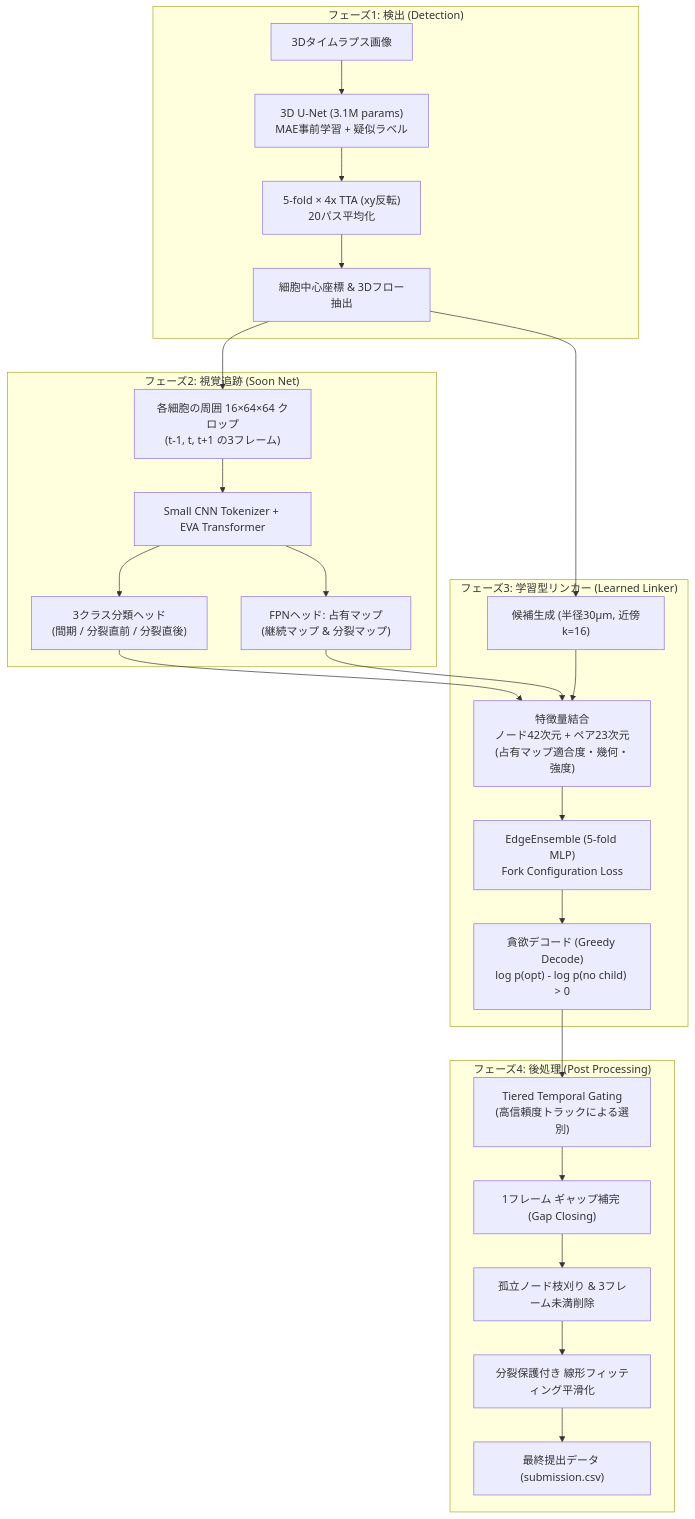
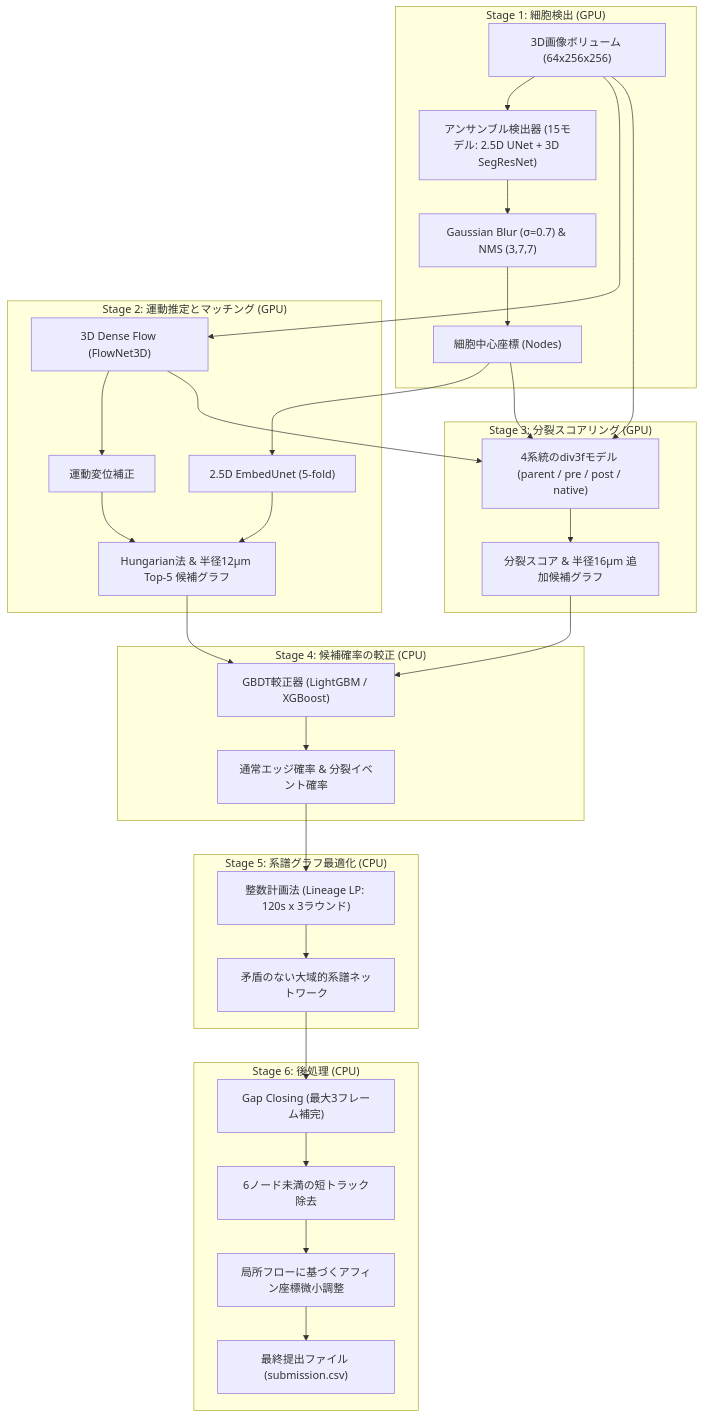
Before and after one commit to kito2718/kaggle_Biohub-Cell_Tracking_During_Development: the diagram in episode/Summary&Conclusion/3rd-place-summary.md, drawn with Mermaid. The commit also changed other lines of this file, not shown here.

````diff
--- a/episode/Summary&Conclusion/3rd-place-summary.md
+++ b/episode/Summary&Conclusion/3rd-place-summary.md
@@ -214,32 +89,38 @@
 ```mermaid
 flowchart TD
-    subgraph Phase1["フェーズ1: 検出 (Detection)"]
-        A[3Dタイムラプス画像] --> B["3D U-Net (3.1M params)<br/>MAE事前学習 + 疑似ラベル"]
-        B --> C["5-fold × 4x TTA (xy反転)<br/>20パス平均化"]
-        C --> D["細胞中心座標 & 3Dフロー抽出"]
+    subgraph Stage1["Stage 1: 細胞検出 (GPU)"]
+        Raw["3D画像ボリューム (64x256x256)"] --> Det["アンサンブル検出器 (15モデル: 2.5D UNet + 3D SegResNet)"]
+        Det --> Blur["Gaussian Blur (σ=0.7) & NMS (3,7,7)"]
+        Blur --> Peaks["細胞中心座標 (Nodes)"]
     end
 
-    subgraph Phase2["フェーズ2: 視覚追跡 (Soon Net)"]
-        D --> E["各細胞の周囲 16×64×64 クロップ<br/>(t-1, t, t+1 の3フレーム)"]
-        E --> F["Small CNN Tokenizer + EVA Transformer"]
-        F --> G1["3クラス分類ヘッド<br/>(間期 / 分裂直前 / 分裂直後)"]
-        F --> G2["FPNヘッド: 占有マップ<br/>(継続マップ & 分裂マップ)"]
+    subgraph Stage2["Stage 2: 運動推定とマッチング (GPU)"]
+        Raw --> Flow["3D Dense Flow (FlowNet3D)"]
+        Peaks --> Matcher["2.5D EmbedUnet (5-fold)"]
+        Flow --> Warp["運動変位補正"]
+        Matcher --> LinkCand["Hungarian法 & 半径12µm Top-5 候補グラフ"]
+        Warp --> LinkCand
     end
 
-    subgraph Phase3["フェーズ3: 学習型リンカー (Learned Linker)"]
-        D --> H["候補生成 (半径30μm, 近傍k=16)"]
-        G1 --> I["特徴量結合<br/>ノード42次元 + ペア23次元<br/>(占有マップ適合度・幾何・強度)"]
-        G2 --> I
-        H --> I
-        I --> J["EdgeEnsemble (5-fold MLP)<br/>Fork Configuration Loss"]
-        J --> K["貪欲デコード (Greedy Decode)<br/>log p(opt) - log p(no child) > 0"]
+    subgraph Stage3["Stage 3: 分裂スコアリング (GPU)"]
+        Raw & Flow & Peaks --> Div["4系統のdiv3fモデル (parent / pre / post / native)"]
+        Div --> DivScore["分裂スコア & 半径16µm 追加候補グラフ"]
     end
 
-    subgraph Phase4["フェーズ4: 後処理 (Post Processing)"]
-        K --> L["Tiered Temporal Gating<br/>(高信頼度トラックによる選別)"]
-        L --> M["1フレーム ギャップ補完 (Gap Closing)"]
-        M --> N["孤立ノード枝刈り & 3フレーム未満削除"]
-        N --> O["分裂保護付き 線形フィッティング平滑化"]
-        O --> P["最終提出データ (submission.csv)"]
+    subgraph Stage4["Stage 4: 候補確率の較正 (CPU)"]
+        LinkCand & DivScore --> Calib["GBDT較正器 (LightGBM / XGBoost)"]
+        Calib --> Prob["通常エッジ確率 & 分裂イベント確率"]
+    end
+
+    subgraph Stage5["Stage 5: 系譜グラフ最適化 (CPU)"]
+        Prob --> LP["整数計画法 (Lineage LP: 120s x 3ラウンド)"]
+        LP --> OptGraph["矛盾のない大域的系譜ネットワーク"]
+    end
+
+    subgraph Stage6["Stage 6: 後処理 (CPU)"]
+        OptGraph --> Gap["Gap Closing (最大3フレーム補完)"]
+        Gap --> Filter["6ノード未満の短トラック除去"]
+        Filter --> Affine["局所フローに基づくアフィン座標微小調整"]
+        Affine --> FinalCSV["最終提出ファイル (submission.csv)"]
     end
 ```
````
